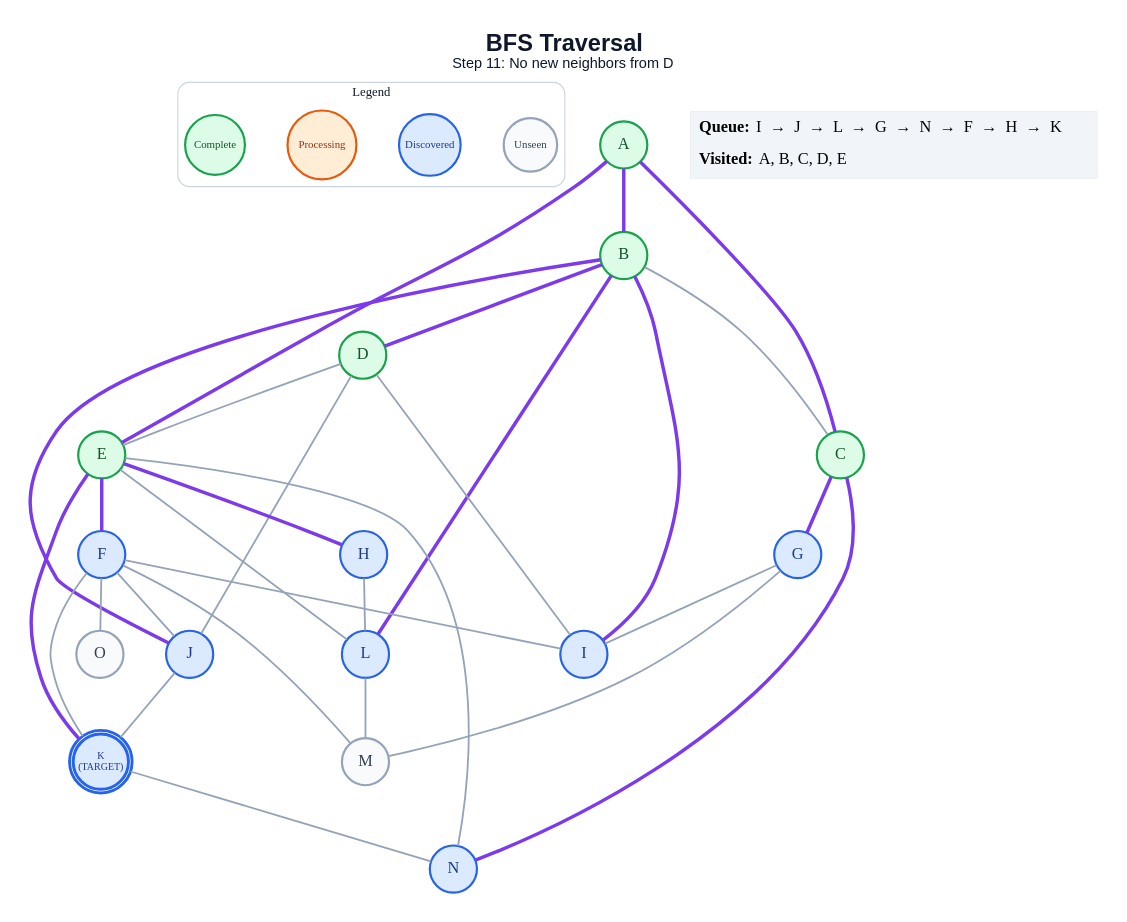
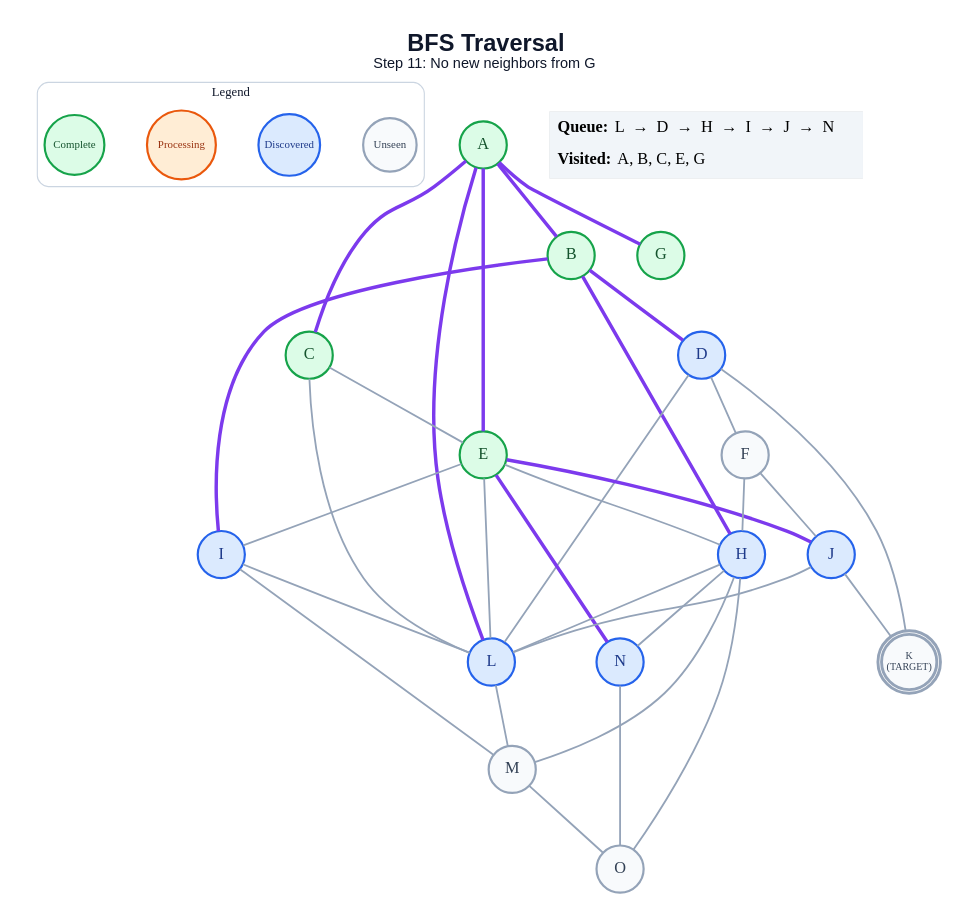
Before and after one commit to anon7238593-create/ai-slop: the diagram in generated/specific-node/bfs/step_11.dot, drawn with Graphviz. The commit also changed 243 other files, not shown here.

```diff
--- a/generated/specific-node/bfs/step_11.dot
+++ b/generated/specific-node/bfs/step_11.dot
@@ -1,63 +1,65 @@
 graph traversal {
   graph [layout=dot, rankdir=TB, bgcolor="#FFFFFF", pad="0.35", nodesep="0.65", ranksep="0.8", fontname="Arial"];
   node [shape=circle, style="filled", fontname="Arial Bold", fontsize=18, width=0.72, fixedsize=true, penwidth=2.4];
   edge [color="#94A3B8", penwidth=2.0];
-  label=<<B>BFS Traversal</B><BR/><FONT POINT-SIZE="16">Step 11: No new neighbors from D</FONT>>; labelloc="t"; fontsize=26; fontname="Arial"; fontcolor="#0F172A";
+  label=<<B>BFS Traversal</B><BR/><FONT POINT-SIZE="16">Step 11: No new neighbors from G</FONT>>; labelloc="t"; fontsize=26; fontname="Arial"; fontcolor="#0F172A";
   subgraph cluster_legend { label="Legend"; color="#CBD5E1"; penwidth=1.2; style="rounded"; fontsize=14; fontname="Arial Bold";
     key_unseen [label="Unseen", fillcolor="#F8FAFC", color="#94A3B8", fontcolor="#334155", fontsize=12, width=0.82];
     key_frontier [label="Discovered", fillcolor="#DBEAFE", color="#2563EB", fontcolor="#1E3A8A", fontsize=12, width=0.95];
     key_current [label="Processing", fillcolor="#FFEDD5", color="#EA580C", fontcolor="#9A3412", fontsize=12, width=1.05];
     key_done [label="Complete", fillcolor="#DCFCE7", color="#16A34A", fontcolor="#14532D", fontsize=12, width=0.92];
     { rank=same; key_unseen; key_frontier; key_current; key_done; }
   }
   A [label="A", fillcolor="#DCFCE7", color="#16A34A", fontcolor="#14532D", peripheries=1, penwidth=2.4];
   B [label="B", fillcolor="#DCFCE7", color="#16A34A", fontcolor="#14532D", peripheries=1, penwidth=2.4];
   C [label="C", fillcolor="#DCFCE7", color="#16A34A", fontcolor="#14532D", peripheries=1, penwidth=2.4];
-  D [label="D", fillcolor="#DCFCE7", color="#16A34A", fontcolor="#14532D", peripheries=1, penwidth=2.4];
+  D [label="D", fillcolor="#DBEAFE", color="#2563EB", fontcolor="#1E3A8A", peripheries=1, penwidth=2.4];
   E [label="E", fillcolor="#DCFCE7", color="#16A34A", fontcolor="#14532D", peripheries=1, penwidth=2.4];
-  F [label="F", fillcolor="#DBEAFE", color="#2563EB", fontcolor="#1E3A8A", peripheries=1, penwidth=2.4];
-  G [label="G", fillcolor="#DBEAFE", color="#2563EB", fontcolor="#1E3A8A", peripheries=1, penwidth=2.4];
+  F [label="F", fillcolor="#F8FAFC", color="#94A3B8", fontcolor="#334155", peripheries=1, penwidth=2.4];
+  G [label="G", fillcolor="#DCFCE7", color="#16A34A", fontcolor="#14532D", peripheries=1, penwidth=2.4];
   H [label="H", fillcolor="#DBEAFE", color="#2563EB", fontcolor="#1E3A8A", peripheries=1, penwidth=2.4];
   I [label="I", fillcolor="#DBEAFE", color="#2563EB", fontcolor="#1E3A8A", peripheries=1, penwidth=2.4];
   J [label="J", fillcolor="#DBEAFE", color="#2563EB", fontcolor="#1E3A8A", peripheries=1, penwidth=2.4];
-  K [label="K\n(TARGET)", fillcolor="#DBEAFE", color="#2563EB", fontcolor="#1E3A8A", peripheries=2, penwidth=3.2, fontsize=11, width=0.85, height=0.85];
+  K [label="K\n(TARGET)", fillcolor="#F8FAFC", color="#94A3B8", fontcolor="#334155", peripheries=2, penwidth=3.2, fontsize=11, width=0.85, height=0.85];
   L [label="L", fillcolor="#DBEAFE", color="#2563EB", fontcolor="#1E3A8A", peripheries=1, penwidth=2.4];
   M [label="M", fillcolor="#F8FAFC", color="#94A3B8", fontcolor="#334155", peripheries=1, penwidth=2.4];
   N [label="N", fillcolor="#DBEAFE", color="#2563EB", fontcolor="#1E3A8A", peripheries=1, penwidth=2.4];
   O [label="O", fillcolor="#F8FAFC", color="#94A3B8", fontcolor="#334155", peripheries=1, penwidth=2.4];
   A -- B [color="#7C3AED", penwidth=3.8];
   A -- C [color="#7C3AED", penwidth=3.8];
   A -- E [color="#7C3AED", penwidth=3.8];
-  B -- C;
+  A -- G [color="#7C3AED", penwidth=3.8];
+  A -- L [color="#7C3AED", penwidth=3.8];
   B -- D [color="#7C3AED", penwidth=3.8];
+  B -- H [color="#7C3AED", penwidth=3.8];
   B -- I [color="#7C3AED", penwidth=3.8];
-  B -- J [color="#7C3AED", penwidth=3.8];
-  B -- L [color="#7C3AED", penwidth=3.8];
-  C -- G [color="#7C3AED", penwidth=3.8];
-  C -- N [color="#7C3AED", penwidth=3.8];
-  D -- E;
-  D -- I;
-  D -- J;
-  E -- F [color="#7C3AED", penwidth=3.8];
-  E -- H [color="#7C3AED", penwidth=3.8];
-  E -- K [color="#7C3AED", penwidth=3.8];
+  C -- E;
+  C -- L;
+  D -- F;
+  D -- K;
+  D -- L;
+  E -- H;
+  E -- I;
+  E -- J [color="#7C3AED", penwidth=3.8];
   E -- L;
-  E -- N;
-  F -- I;
+  E -- N [color="#7C3AED", penwidth=3.8];
+  F -- H;
   F -- J;
-  F -- K;
-  F -- M;
-  F -- O;
-  G -- I;
-  G -- M;
   H -- L;
+  H -- M;
+  H -- N;
+  H -- O;
+  I -- L;
+  I -- M;
   J -- K;
-  K -- N;
+  J -- L;
   L -- M;
+  M -- O;
+  N -- O;
   status [shape=plain, fixedsize=false, width=0, height=0, margin=0, label=<
     <TABLE BORDER="0" CELLBORDER="0" CELLPADDING="7" BGCOLOR="#F1F5F9">
-      <TR><TD ALIGN="LEFT"><B>Queue:</B> I  →  J  →  L  →  G  →  N  →  F  →  H  →  K</TD></TR>
-      <TR><TD ALIGN="LEFT"><B>Visited:</B> A, B, C, D, E</TD></TR>
+      <TR><TD ALIGN="LEFT"><B>Queue:</B> L  →  D  →  H  →  I  →  J  →  N</TD></TR>
+      <TR><TD ALIGN="LEFT"><B>Visited:</B> A, B, C, E, G</TD></TR>
     </TABLE>
   >];
 }
```
